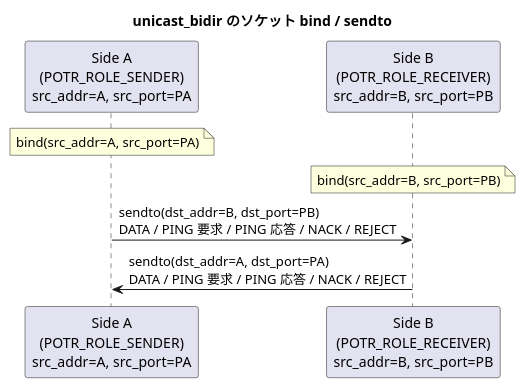
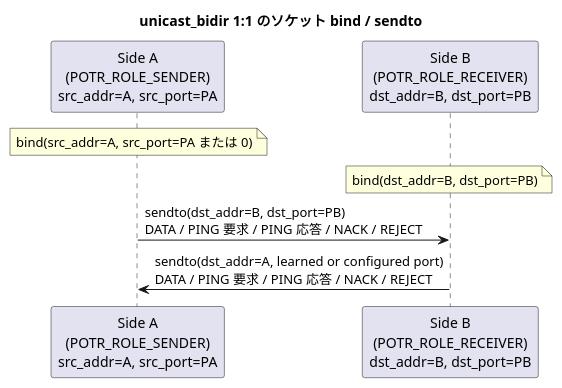
One commit to Hondarer/c-modernization-kit changed the second of 4 diagrams in prod/porter/docs/config.md. Above: the diagram before and after it, drawn with PlantUML. The commit also changed other lines of this file and 13 other files, not shown here.

````diff
--- a/prod/porter/docs/config.md
+++ b/prod/porter/docs/config.md
@@ -211,14 +248,14 @@
 ```plantuml
 @startuml
-title unicast_bidir のソケット bind / sendto
+title unicast_bidir 1:1 のソケット bind / sendto
 
 participant "Side A\n(POTR_ROLE_SENDER)\nsrc_addr=A, src_port=PA" as A
-participant "Side B\n(POTR_ROLE_RECEIVER)\nsrc_addr=B, src_port=PB" as B
+participant "Side B\n(POTR_ROLE_RECEIVER)\ndst_addr=B, dst_port=PB" as B
 
-note over A: bind(src_addr=A, src_port=PA)
-note over B: bind(src_addr=B, src_port=PB)
+note over A: bind(src_addr=A, src_port=PA または 0)
+note over B: bind(dst_addr=B, dst_port=PB)
 
 A -> B: sendto(dst_addr=B, dst_port=PB)\nDATA / PING 要求 / PING 応答 / NACK / REJECT
-B -> A: sendto(dst_addr=A, dst_port=PA)\nDATA / PING 要求 / PING 応答 / NACK / REJECT
+B -> A: sendto(dst_addr=A, learned or configured port)\nDATA / PING 要求 / PING 応答 / NACK / REJECT
 @enduml
 ```
````
